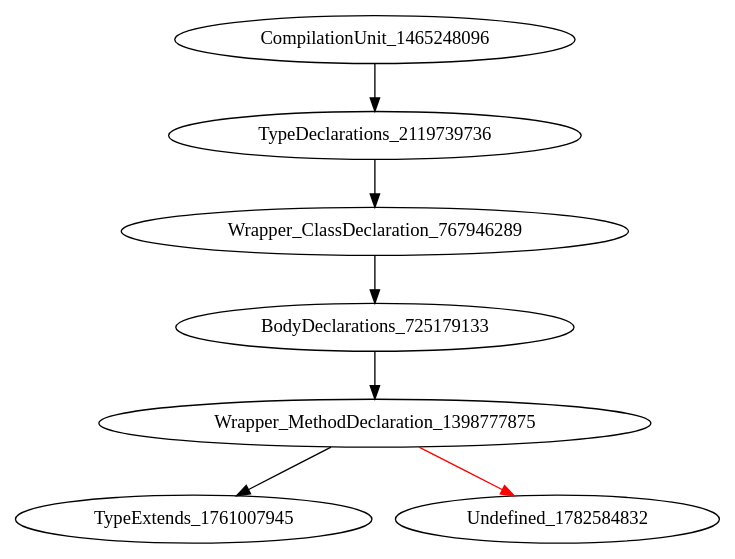
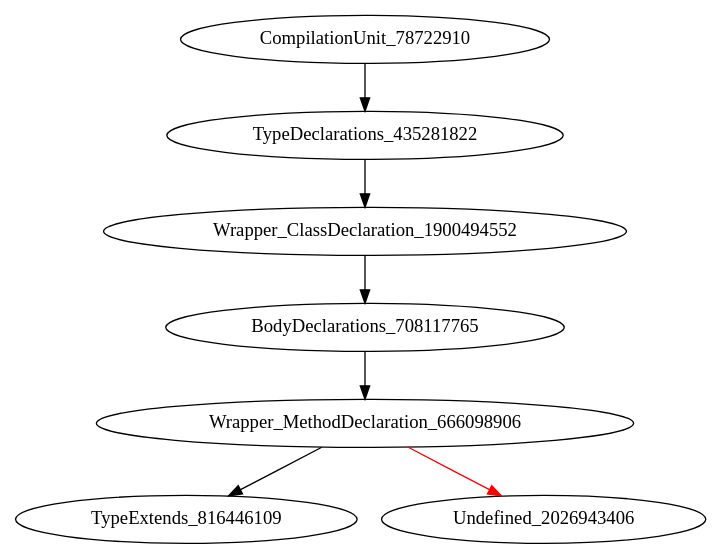
One commit to icse2023material/VoiceJava changed the diagram in holeAST.dot. Above: the diagram before and after it, drawn with Graphviz. The commit also changed 16 other files, not shown here.

```diff
--- a/holeAST.dot
+++ b/holeAST.dot
@@ -1,8 +1,8 @@
 digraph {
-CompilationUnit_1465248096 -> TypeDeclarations_2119739736
-TypeDeclarations_2119739736 -> Wrapper_ClassDeclaration_767946289
-Wrapper_ClassDeclaration_767946289 -> BodyDeclarations_725179133
-BodyDeclarations_725179133 -> Wrapper_MethodDeclaration_1398777875
-Wrapper_MethodDeclaration_1398777875 -> TypeExtends_1761007945
-Wrapper_MethodDeclaration_1398777875 -> Undefined_1782584832 [color = red] 
+CompilationUnit_78722910 -> TypeDeclarations_435281822
+TypeDeclarations_435281822 -> Wrapper_ClassDeclaration_1900494552
+Wrapper_ClassDeclaration_1900494552 -> BodyDeclarations_708117765
+BodyDeclarations_708117765 -> Wrapper_MethodDeclaration_666098906
+Wrapper_MethodDeclaration_666098906 -> TypeExtends_816446109
+Wrapper_MethodDeclaration_666098906 -> Undefined_2026943406 [color = red] 
 }
```
